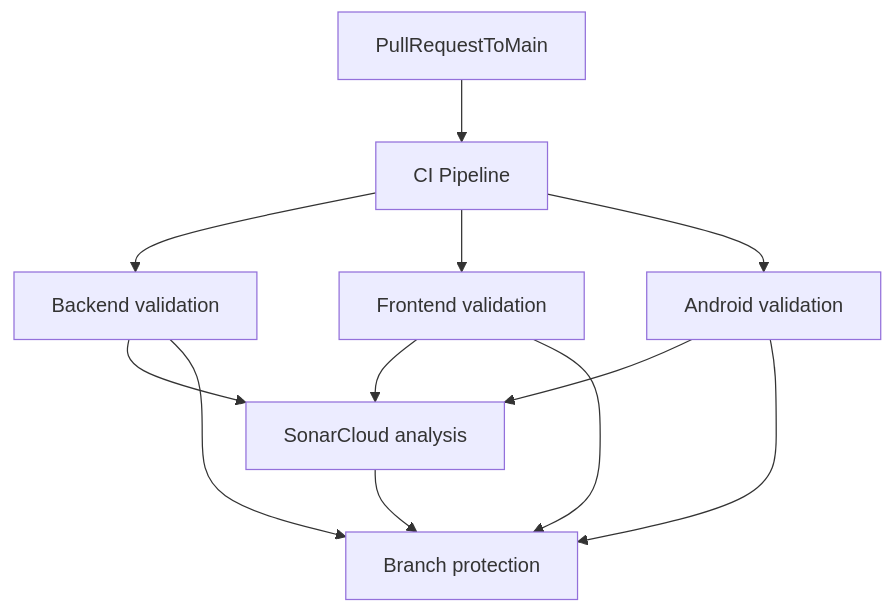
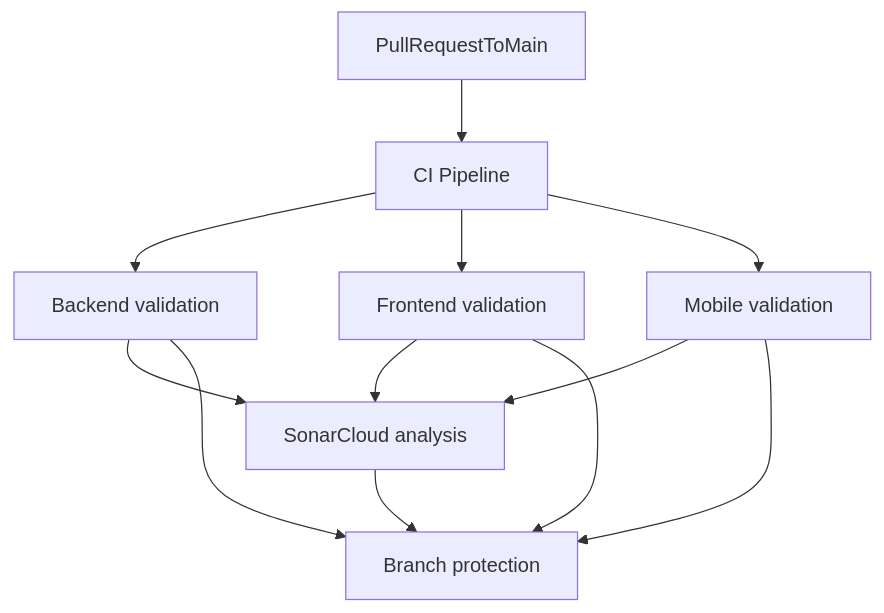
One commit to Valyo96/wealth-stack changed the diagram in docs/ci.md. Above: the diagram before and after it, drawn with Mermaid. The commit also changed other lines of this file and 127 other files, not shown here.

Commit message:
Replace native Android app with Expo React Native mobile client (#3)

````diff
--- a/docs/ci.md
+++ b/docs/ci.md
@@ -19,14 +17,14 @@
 ```mermaid
 flowchart TD
   pr[PullRequestToMain] --> ci[CI Pipeline]
   ci --> backendCI[Backend validation]
   ci --> frontendCI[Frontend validation]
-  ci --> androidCI[Android validation]
+  ci --> mobileCI[Mobile validation]
   backendCI --> sonarScan[SonarCloud analysis]
   frontendCI --> sonarScan
-  androidCI --> sonarScan
+  mobileCI --> sonarScan
   sonarScan --> mergeGate[Branch protection]
   backendCI --> mergeGate
   frontendCI --> mergeGate
-  androidCI --> mergeGate
+  mobileCI --> mergeGate
 ```
````
